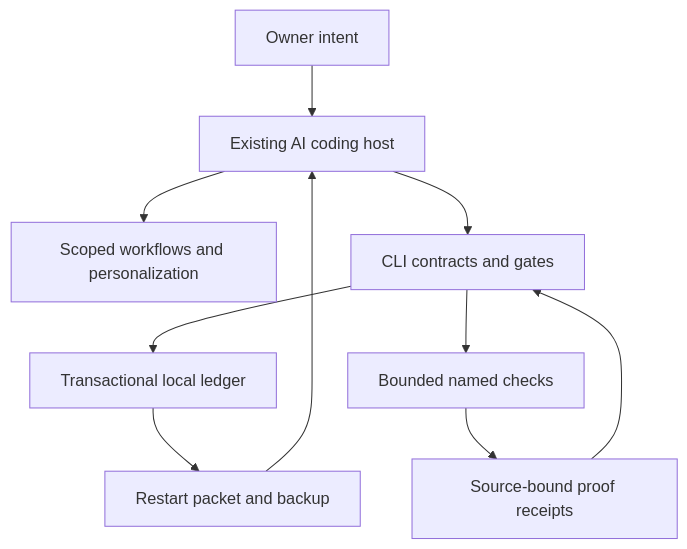
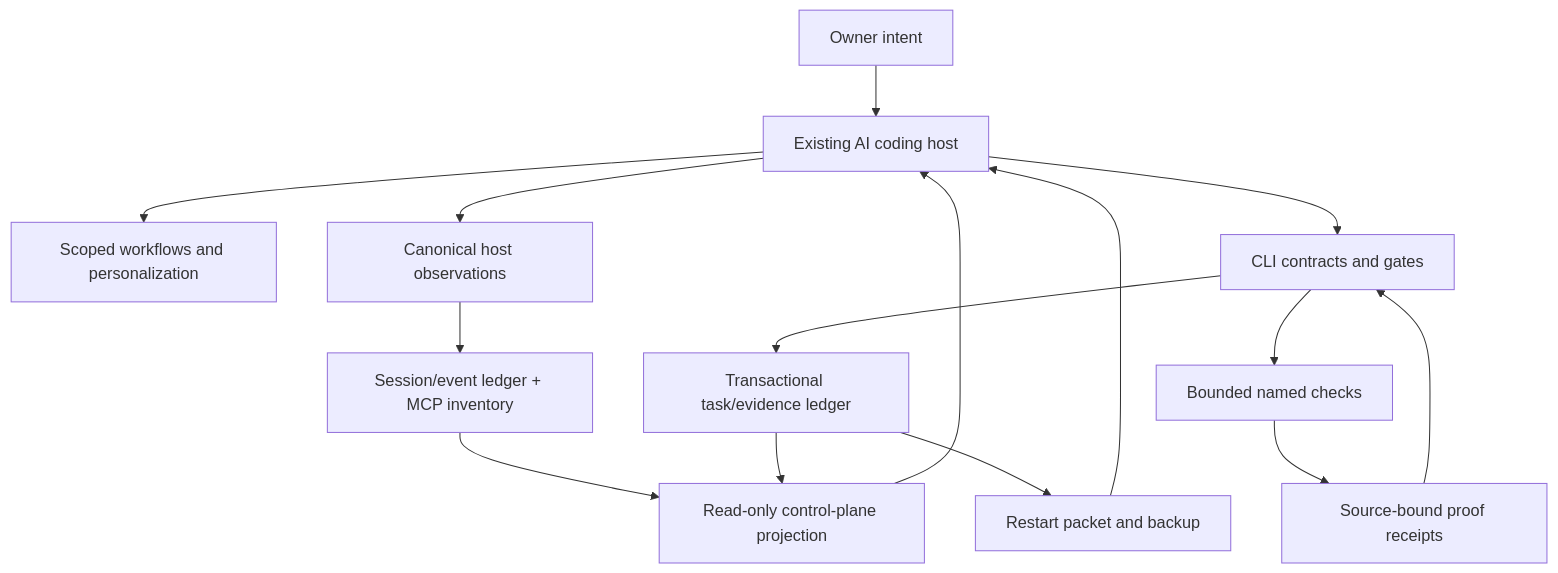
One commit to julkop01/Developer-Harness changed the first of 2 diagrams in docs/ARCHITECTURE.md. Above: the diagram before and after it, drawn with Mermaid. The commit also changed other lines of this file and 5 other files, not shown here.

````diff
--- a/docs/ARCHITECTURE.md
+++ b/docs/ARCHITECTURE.md
@@ -5,12 +5,17 @@
 ```mermaid
 flowchart TD
   O["Owner intent"] --> H["Existing AI coding host"]
   H --> W["Scoped workflows and personalization"]
+  H --> A["Canonical host observations"]
+  A --> S["Session/event ledger + MCP inventory"]
   H --> C["CLI contracts and gates"]
-  C --> L["Transactional local ledger"]
+  C --> L["Transactional task/evidence ledger"]
   C --> R["Bounded named checks"]
   R --> P["Source-bound proof receipts"]
   P --> C
   L --> X["Restart packet and backup"]
+  S --> CP["Read-only control-plane projection"]
+  L --> CP
+  CP --> H
   X --> H
 ```
````
